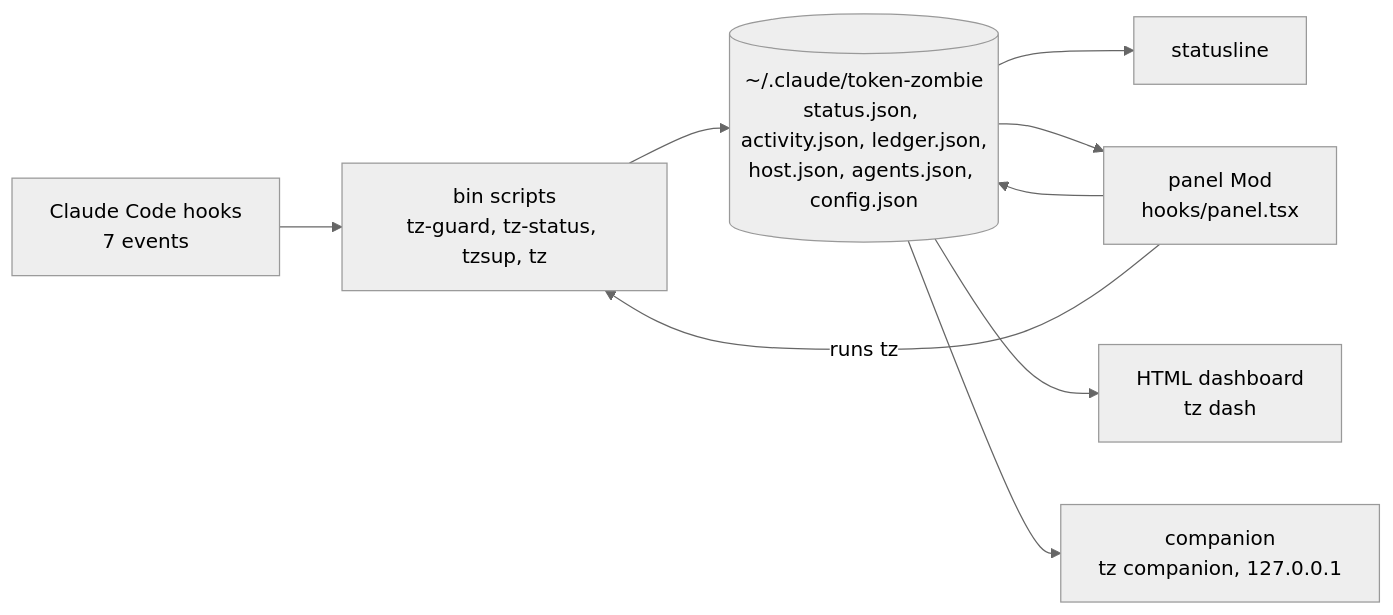
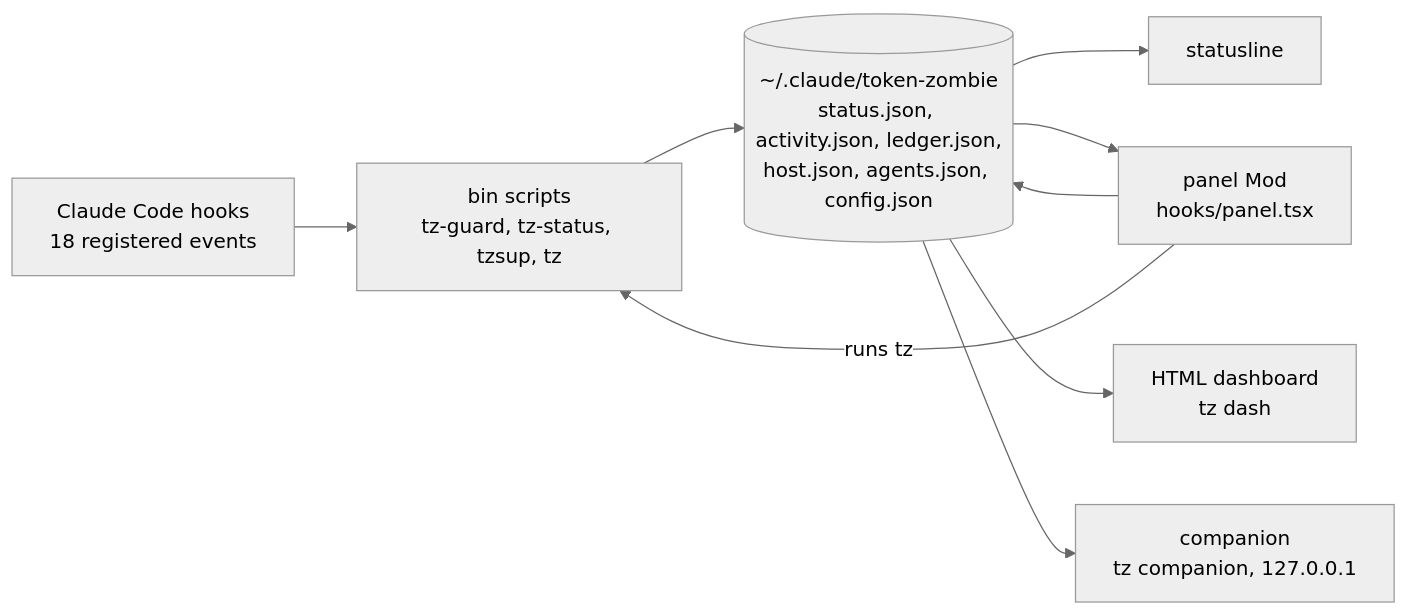
The diagram in README.md (rishavm713-create/token-zombie), drawn with Mermaid (neutral theme) before and after one commit. The commit also changed other lines of this file, not shown here.

````diff
--- a/README.md
+++ b/README.md
@@ -40,11 +132,11 @@
 ```mermaid
 flowchart LR
-  H[Claude Code hooks<br/>7 events] --> B[bin scripts<br/>tz-guard, tz-status, tzsup, tz]
+  H[Claude Code hooks<br/>18 registered events] --> B[bin scripts<br/>tz-guard, tz-status, tzsup, tz]
   B --> S[(~/.claude/token-zombie<br/>status.json, activity.json, ledger.json,<br/>host.json, agents.json, config.json)]
   P[panel Mod<br/>hooks/panel.tsx] --> S
   P -->|runs tz| B
   S --> L[statusline]
   S --> P
   S --> D[HTML dashboard<br/>tz dash]
   S --> C[companion<br/>tz companion, 127.0.0.1]
 ```
````
